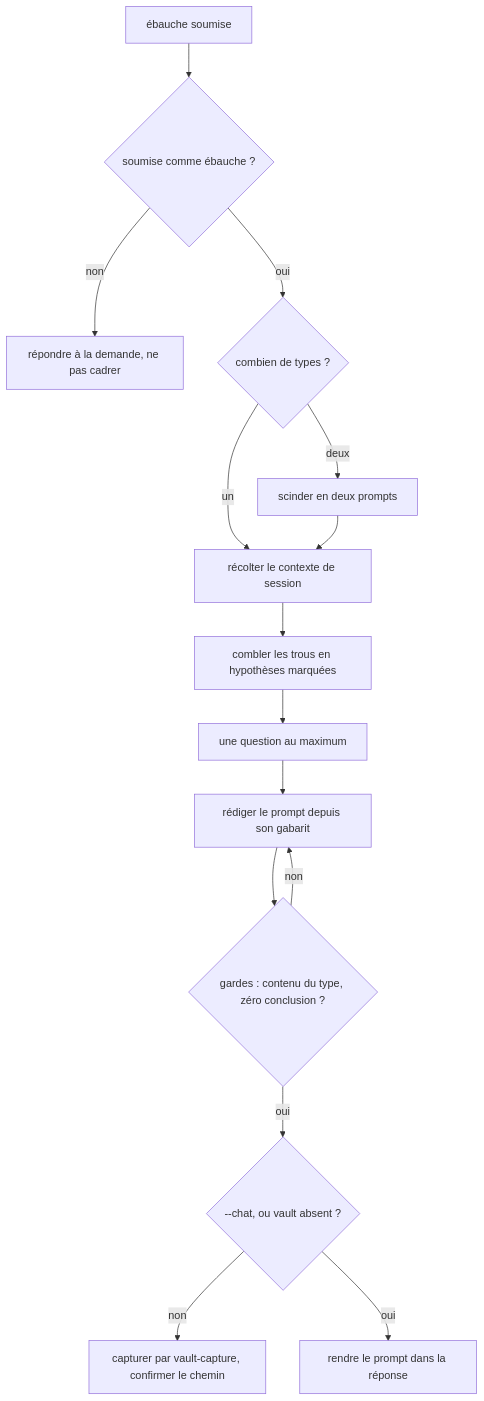
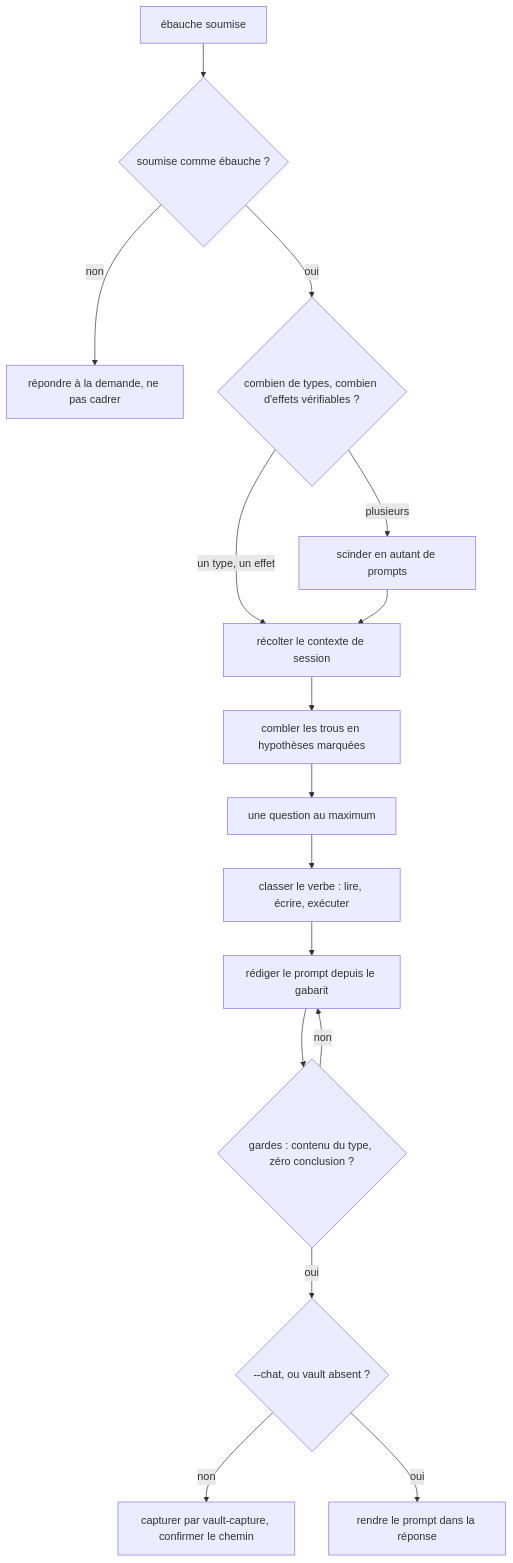
One commit to kevpdev/agent-config changed the diagram in skills/cadre-prompt/SKILL.md. Above: the diagram before and after it, drawn with Mermaid. The commit also changed other lines of this file and 1 other file, not shown here.

Commit message:
feat(skills): align cadre-prompt on the six bricks of the prompting guide

````diff
--- a/skills/cadre-prompt/SKILL.md
+++ b/skills/cadre-prompt/SKILL.md
@@ -27,17 +28,18 @@
 ```mermaid
 flowchart TD
   A[ébauche soumise] --> B{soumise comme ébauche ?}
   B -->|non| Z[répondre à la demande, ne pas cadrer]
-  B -->|oui| C{combien de types ?}
-  C -->|deux| D[scinder en deux prompts]
-  C -->|un| E[récolter le contexte de session]
+  B -->|oui| C{combien de types, combien d'effets vérifiables ?}
+  C -->|plusieurs| D[scinder en autant de prompts]
+  C -->|un type, un effet| E[récolter le contexte de session]
   D --> E
   E --> F[combler les trous en hypothèses marquées]
   F --> G[une question au maximum]
-  G --> H[rédiger le prompt depuis son gabarit]
+  G --> V[classer le verbe : lire, écrire, exécuter]
+  V --> H[rédiger le prompt depuis le gabarit]
   H --> I{gardes : contenu du type, zéro conclusion ?}
   I -->|non| H
   I -->|oui| J{--chat, ou vault absent ?}
   J -->|non| K[capturer par vault-capture, confirmer le chemin]
   J -->|oui| L[rendre le prompt dans la réponse]
 ```
````
